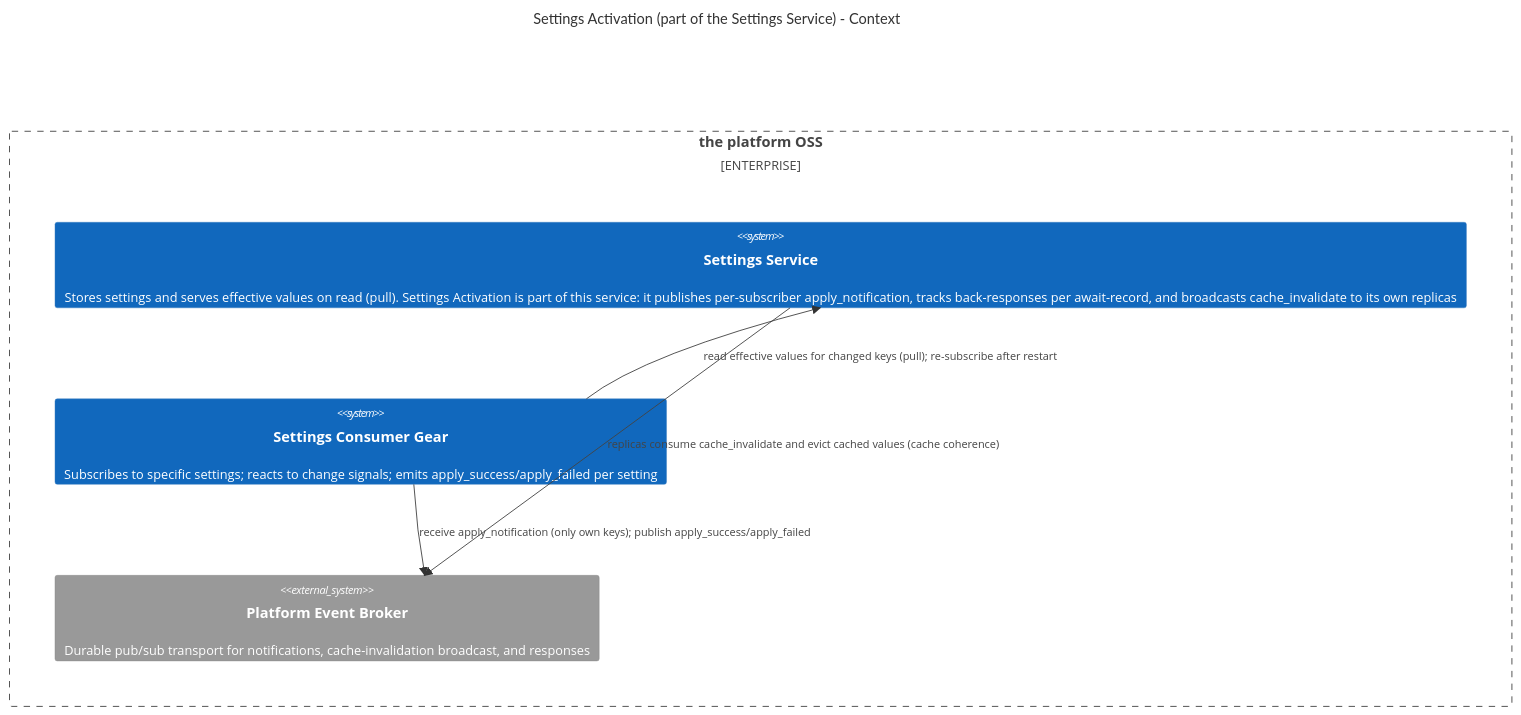
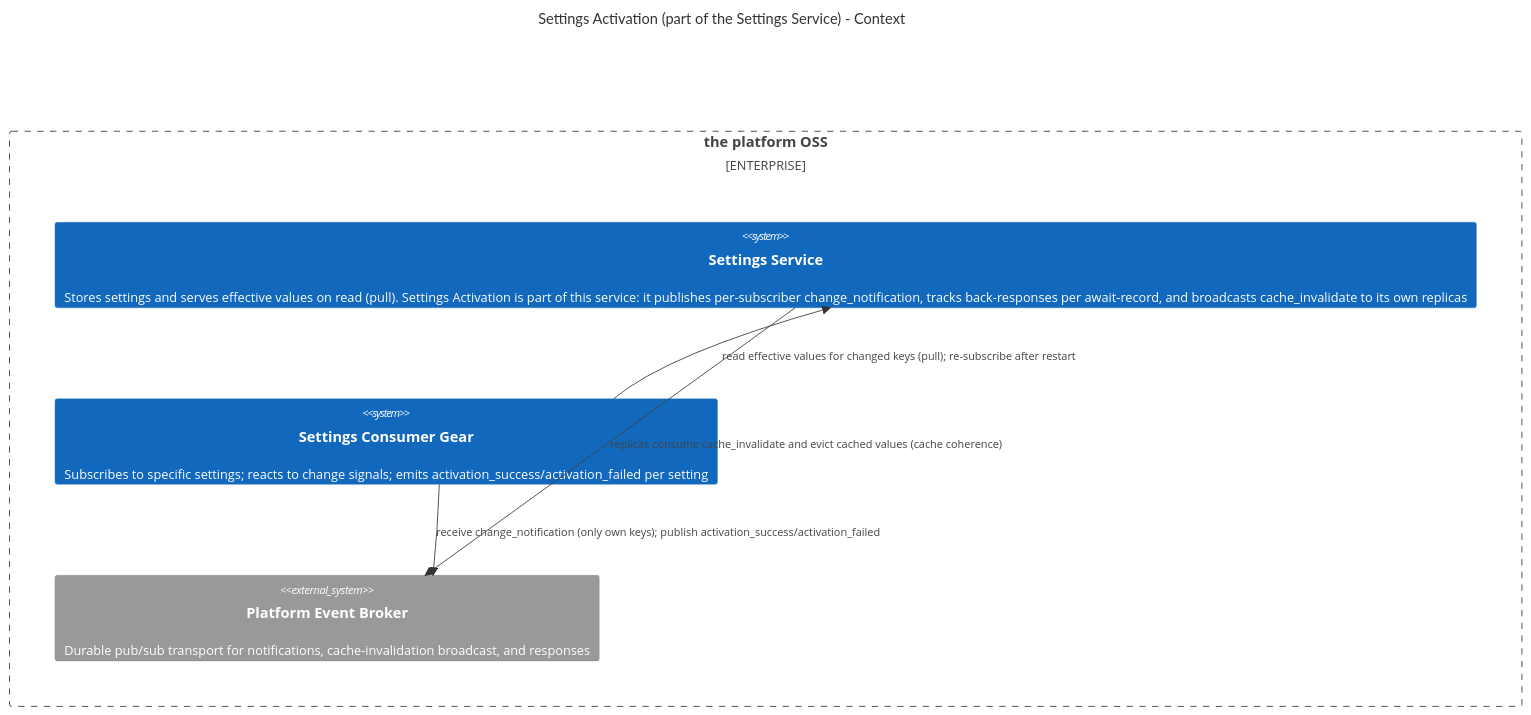
The first of 5 diagrams in gears/settings-service/docs/DESIGN-activation.md (Andrei-Iliushin-Constructor/gears-rust), drawn with Mermaid before and after one commit. The commit also changed other lines of this file and 1 other file, not shown here.

````diff
--- a/gears/settings-service/docs/DESIGN-activation.md
+++ b/gears/settings-service/docs/DESIGN-activation.md
@@ -160,13 +160,13 @@
 ```mermaid
 C4Context
  title Settings Activation (part of the Settings Service) - Context
  Enterprise_Boundary(b0, "the platform OSS") {
- System(settings, "Settings Service", "Stores settings and serves effective values on read (pull). Settings Activation is part of this service: it publishes per-subscriber apply_notification, tracks back-responses per await-record, and broadcasts cache_invalidate to its own replicas")
- System(consumer, "Settings Consumer Gear", "Subscribes to specific settings; reacts to change signals; emits apply_success/apply_failed per setting")
+ System(settings, "Settings Service", "Stores settings and serves effective values on read (pull). Settings Activation is part of this service: it publishes per-subscriber change_notification, tracks back-responses per await-record, and broadcasts cache_invalidate to its own replicas")
+ System(consumer, "Settings Consumer Gear", "Subscribes to specific settings; reacts to change signals; emits activation_success/activation_failed per setting")
  System_Ext(broker, "Platform Event Broker", "Durable pub/sub transport for notifications, cache-invalidation broadcast, and responses")
  }
- Rel(settings, broker, "publish apply_notification (per subscriber, filtered); publish cache_invalidate (broadcast); receive per-setting back-responses")
- Rel(consumer, broker, "receive apply_notification (only own keys); publish apply_success/apply_failed")
+ Rel(settings, broker, "publish change_notification (per subscriber, filtered); publish cache_invalidate (broadcast); receive per-setting back-responses")
+ Rel(consumer, broker, "receive change_notification (only own keys); publish activation_success/activation_failed")
  Rel(consumer, settings, "read effective values for changed keys (pull); re-subscribe after restart")
  Rel(settings, broker, "replicas consume cache_invalidate and evict cached values (cache coherence)")
 ```
````
